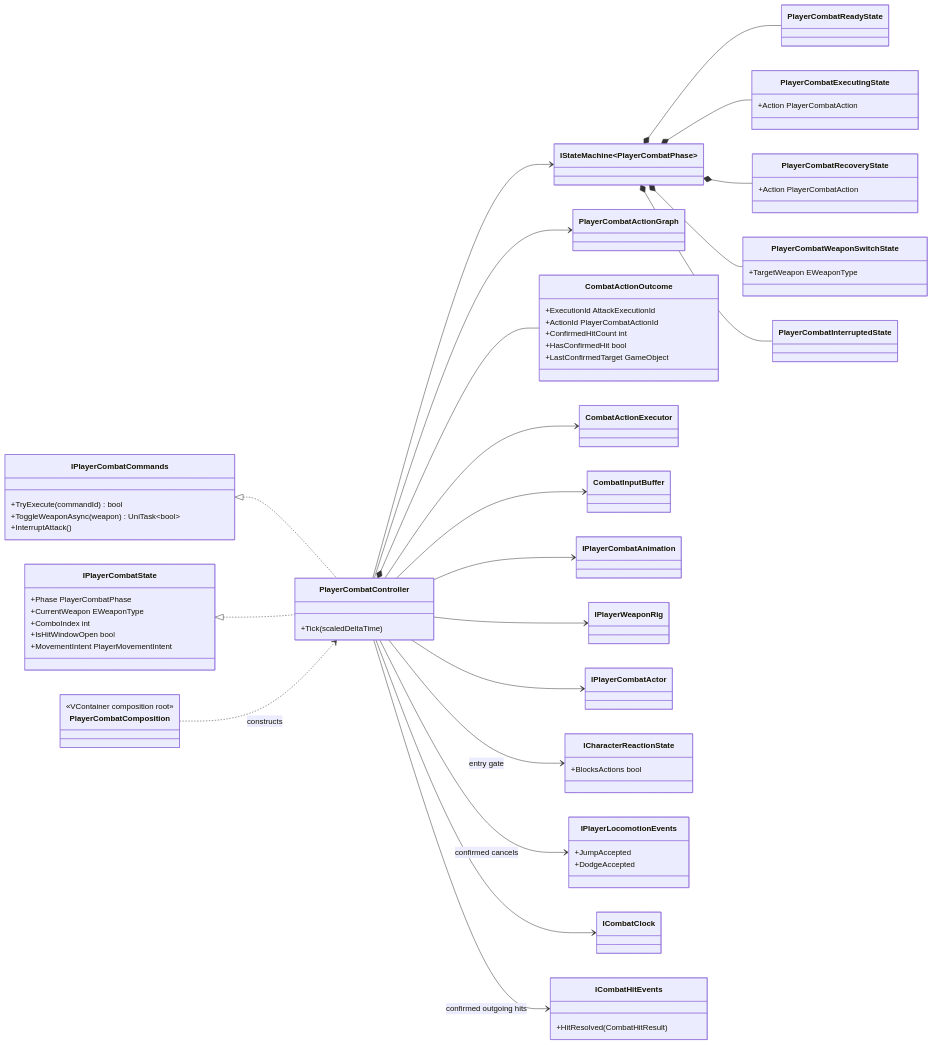
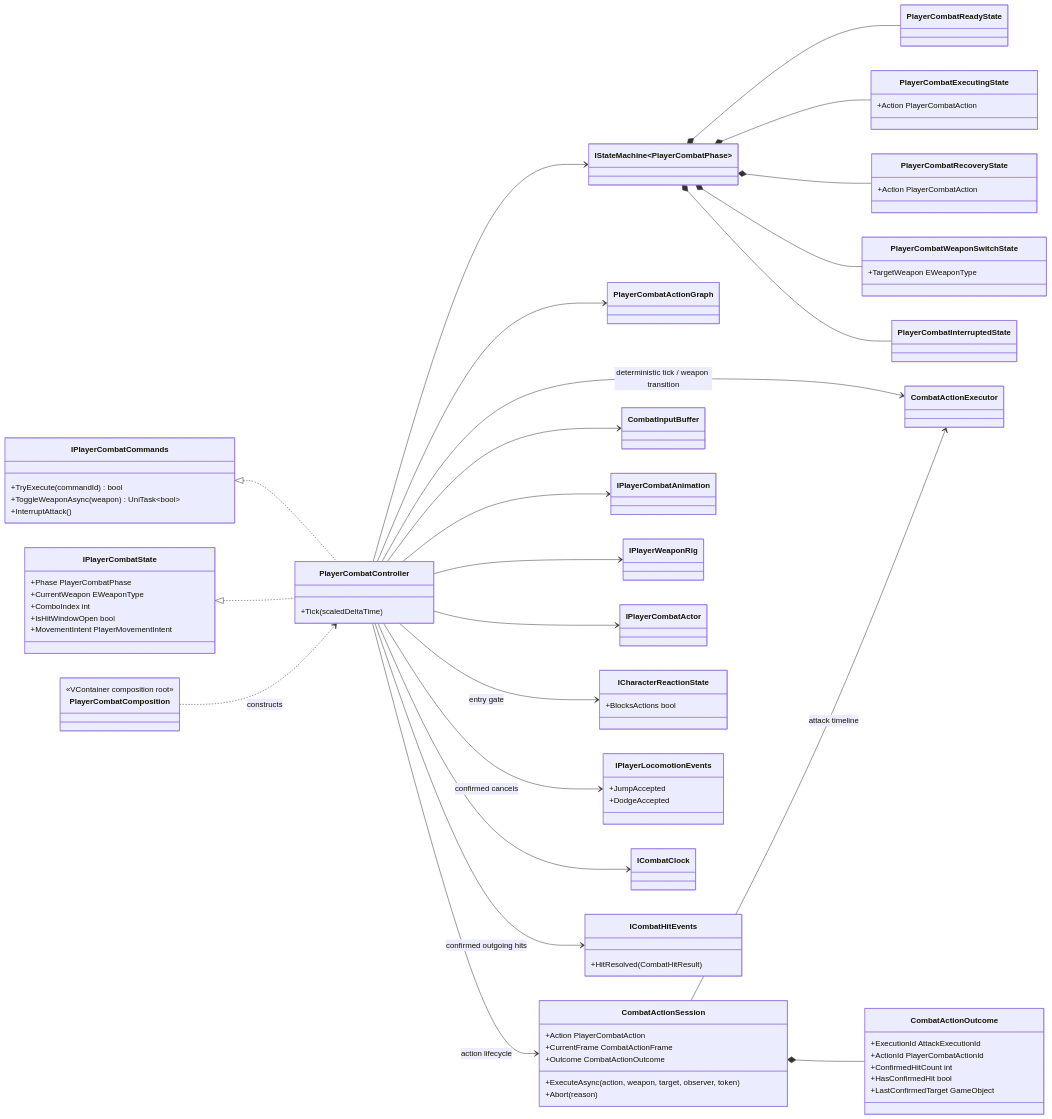
One commit to MaximFonariuc/project-s changed the first of 3 diagrams in Docs/Architecture/Player.Combat.md. Above: the diagram before and after it, drawn with Mermaid. The commit also changed other lines of this file and 12 other files, not shown here.

Commit message:
refactor(combat): own attack lifecycle in session

```diff
--- a/Docs/Architecture/Player.Combat.md
+++ b/Docs/Architecture/Player.Combat.md
@@ -127,6 +127,13 @@
         +LastConfirmedTarget GameObject
     }
     class CombatActionExecutor
+    class CombatActionSession {
+        +Action PlayerCombatAction
+        +CurrentFrame CombatActionFrame
+        +Outcome CombatActionOutcome
+        +ExecuteAsync(action, weapon, target, observer, token)
+        +Abort(reason)
+    }
     class CombatInputBuffer
     class IPlayerCombatAnimation
     class IPlayerWeaponRig
@@ -150,9 +157,11 @@
     IPlayerCombatState <|.. PlayerCombatController
     PlayerCombatController --> IStateMachine~PlayerCombatPhase~
     PlayerCombatController --> PlayerCombatActionGraph
-    PlayerCombatController *-- CombatActionOutcome
     PlayerCombatController --> ICombatHitEvents : confirmed outgoing hits
-    PlayerCombatController --> CombatActionExecutor
+    PlayerCombatController --> CombatActionSession : action lifecycle
+    PlayerCombatController --> CombatActionExecutor : deterministic tick / weapon transition
+    CombatActionSession --> CombatActionExecutor : attack timeline
+    CombatActionSession *-- CombatActionOutcome
     PlayerCombatController --> CombatInputBuffer
     PlayerCombatController --> IPlayerCombatAnimation
     PlayerCombatController --> IPlayerWeaponRig
```
